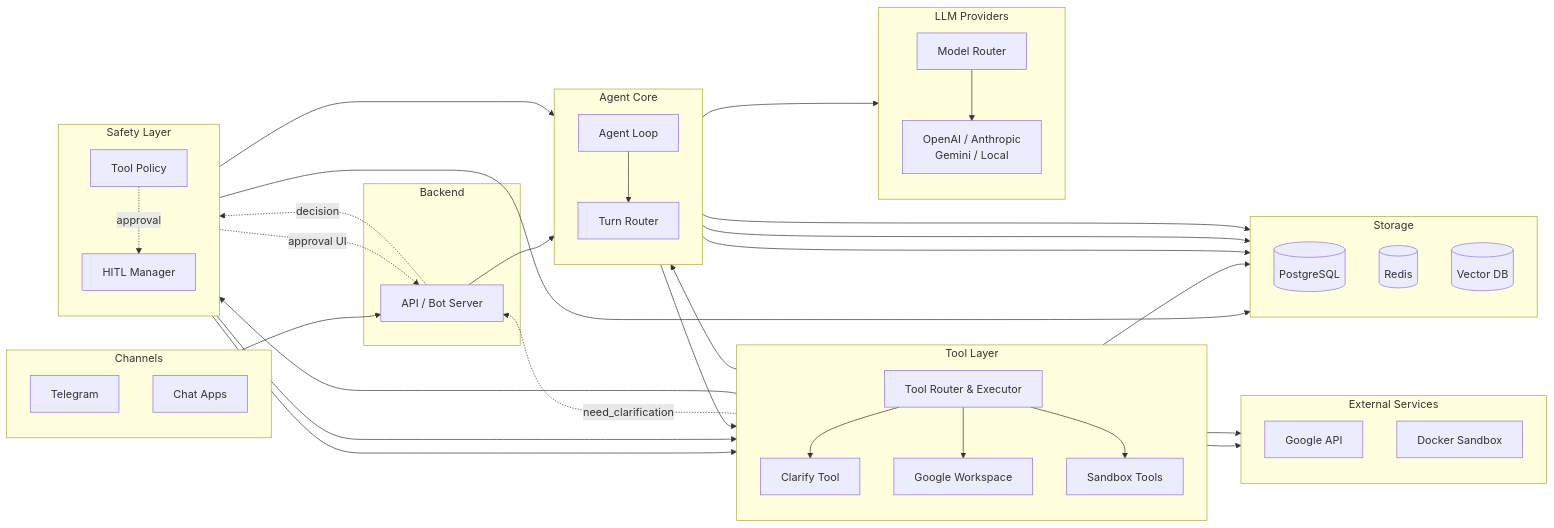
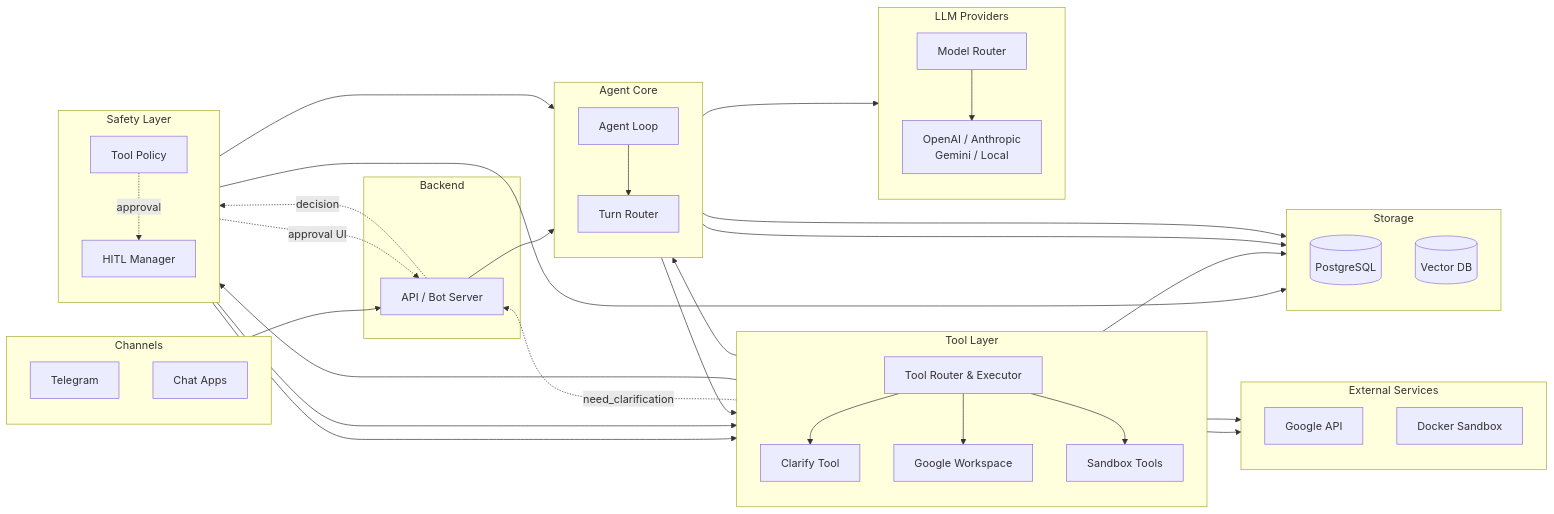
The second of 2 diagrams in docs/01-system-design.md (AI26-V-Claw/V-Claw), drawn with Mermaid before and after one commit. The commit also changed 23 other files, not shown here.

```diff
--- a/docs/01-system-design.md
+++ b/docs/01-system-design.md
@@ -85,7 +85,6 @@
   subgraph STORE["Storage"]
     direction TB
     PG[("PostgreSQL")]
-    REDIS[("Redis")]
     VDB[("Vector DB")]
   end
 
@@ -94,7 +93,6 @@
 
   LOOP --> MROUTER
   LOOP --> PG
-  LOOP --> REDIS
   LOOP --> VDB
 
   TR --> ROUTER
```
